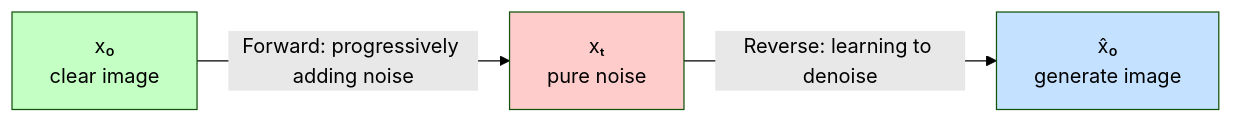
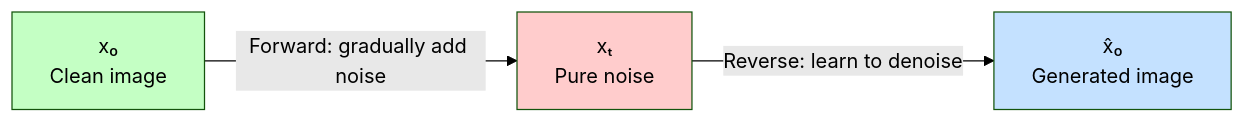
One commit to TingdeLiu/tingdeliu.github.io changed diagram 14 of 15 in _translations/en/research/Deep-Learning-Survey.md. Above: the diagram before and after it, drawn with Mermaid (forest theme). The commit also changed other lines of this file and 51 other files, not shown here.

````diff
--- a/_translations/en/research/Deep-Learning-Survey.md
+++ b/_translations/en/research/Deep-Learning-Survey.md
@@ -1954,8 +1954,8 @@
 ```mermaid
 flowchart LR
-    X0["x₀<br/>clear image"] -->|"Forward: progressively adding noise"| XT["xₜ<br/>pure noise"]
-    XT -->|"Reverse: learning to denoise"| XM["x̂₀<br/>generate image"]
+    X0["x₀<br/>Clean image"] -->|"Forward: gradually add noise"| XT["xₜ<br/>Pure noise"]
+    XT -->|"Reverse: learn to denoise"| XM["x̂₀<br/>Generated image"]
     style X0 fill:#c4ffc4
     style XT fill:#ffcccc
     style XM fill:#c4e1ff
 ```
````
